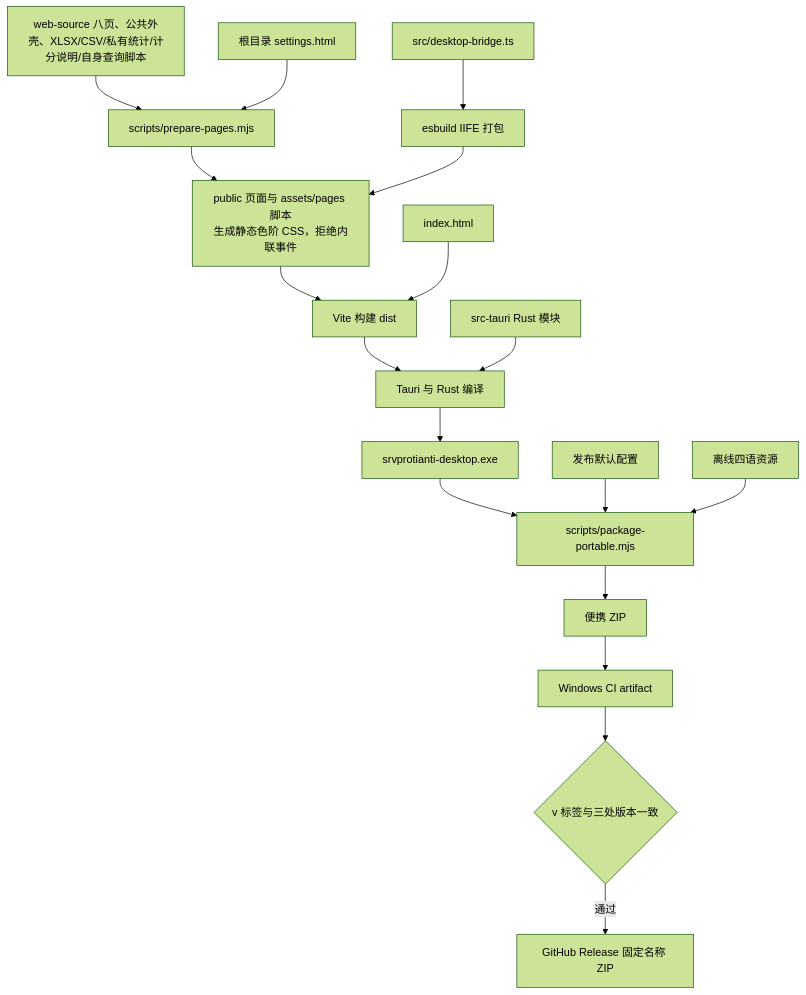
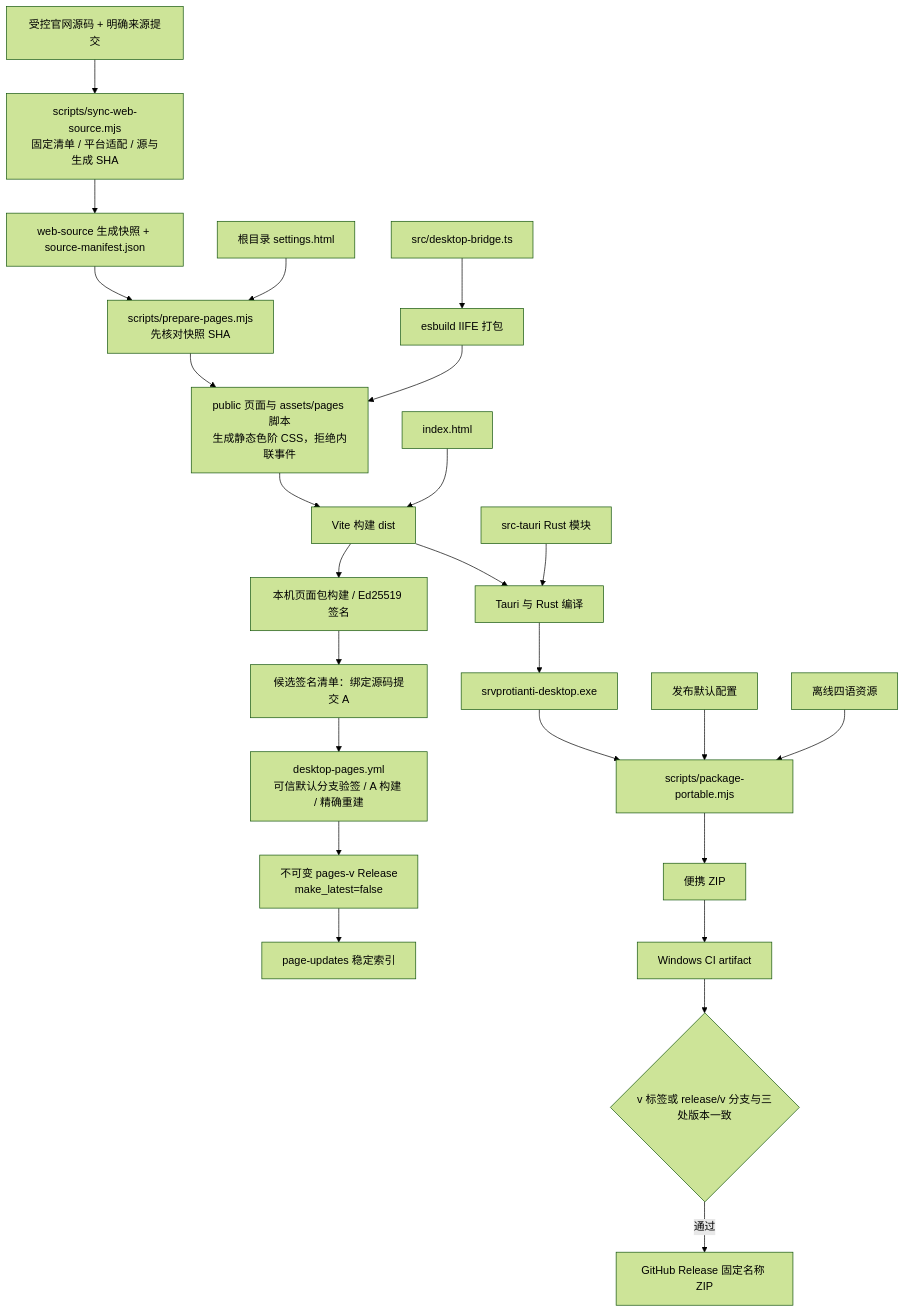
The eighth of 8 diagrams in docs/ARCHITECTURE.md (301zrg/srvprotianti-desktop), drawn with Mermaid (forest theme) before and after one commit. The commit also changed other lines of this file and 50 other files, not shown here.

Commit message:
Add signed desktop page updates and website entry integration (0.2.0)

````diff
--- a/docs/ARCHITECTURE.md
+++ b/docs/ARCHITECTURE.md
@@ -275,20 +292,27 @@
 ```mermaid
 flowchart TB
-    WebSource["web-source 八页、公共外壳、XLSX/CSV/私有统计/计分说明/自身查询脚本"] --> Prepare[scripts/prepare-pages.mjs]
+    Website["受控官网源码 + 明确来源提交"] --> Sync["scripts/sync-web-source.mjs<br/>固定清单 / 平台适配 / 源与生成 SHA"]
+    Sync --> WebSource["web-source 生成快照 + source-manifest.json"]
+    WebSource --> Prepare["scripts/prepare-pages.mjs<br/>先核对快照 SHA"]
     Settings[根目录 settings.html] --> Prepare
     Prepare --> Public["public 页面与 assets/pages 脚本<br/>生成静态色阶 CSS，拒绝内联事件"]
     Bridge[src/desktop-bridge.ts] --> Esbuild[esbuild IIFE 打包]
     Esbuild --> Public
     Public --> Vite[Vite 构建 dist]
     RootIndex[index.html] --> Vite
     Vite --> Tauri[Tauri 与 Rust 编译]
+    Vite --> Sign["本机页面包构建 / Ed25519 签名"]
+    Sign --> Candidate["候选签名清单：绑定源码提交 A"]
+    Candidate --> PageCI["desktop-pages.yml<br/>可信默认分支验签 / A 构建 / 精确重建"]
+    PageCI --> PageRelease["不可变 pages-v Release<br/>make_latest=false"]
+    PageRelease --> Index["page-updates 稳定索引"]
     Rust[src-tauri Rust 模块] --> Tauri
     Tauri --> Exe[srvprotianti-desktop.exe]
     Exe --> Portable[scripts/package-portable.mjs]
     Default[发布默认配置] --> Portable
     Resources[离线四语资源] --> Portable
     Portable --> Zip[便携 ZIP]
     Zip --> Artifact[Windows CI artifact]
-    Artifact --> Tag{v 标签与三处版本一致}
+    Artifact --> Tag{v 标签或 release/v 分支与三处版本一致}
     Tag -->|通过| Release[GitHub Release 固定名称 ZIP]
 ```
````
